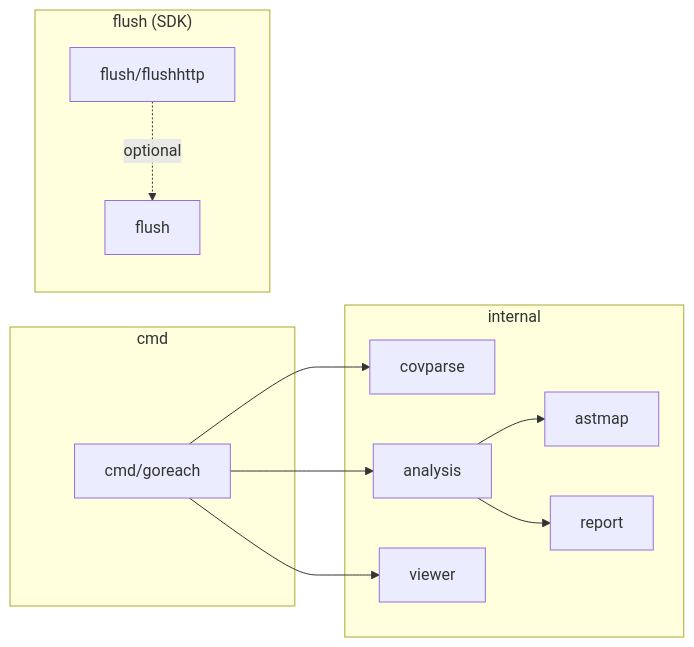
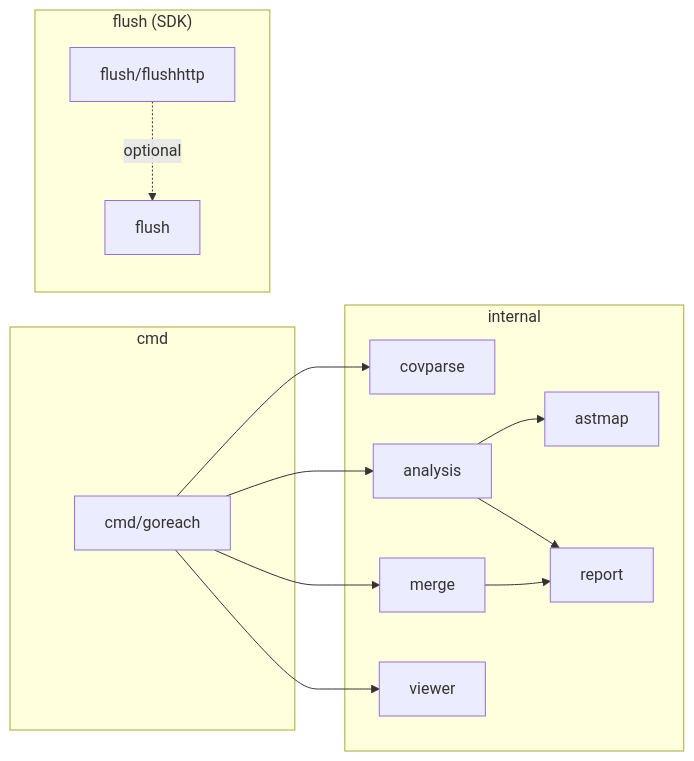
Before and after one commit to yag13s/goreach: the second of 2 diagrams in README.md, drawn with Mermaid. The commit also changed other lines of this file and 10 other files, not shown here.

````diff
--- a/README.md
+++ b/README.md
@@ -41,26 +41,29 @@
 ```mermaid
 graph LR
     subgraph cmd
         MAIN["cmd/goreach"]
     end
 
     subgraph internal
         COVPARSE["covparse"]
         ASTMAP["astmap"]
         ANALYSIS["analysis"]
+        MERGE["merge"]
         REPORT["report"]
         VIEWER["viewer"]
     end
 
     subgraph flush_pkg["flush (SDK)"]
         FLUSH["flush"]
         FLUSHHTTP["flush/flushhttp"]
     end
 
     MAIN --> COVPARSE
     MAIN --> ANALYSIS
+    MAIN --> MERGE
     MAIN --> VIEWER
     ANALYSIS --> ASTMAP
     ANALYSIS --> REPORT
+    MERGE --> REPORT
     FLUSHHTTP -.->|optional| FLUSH
 ```
````
